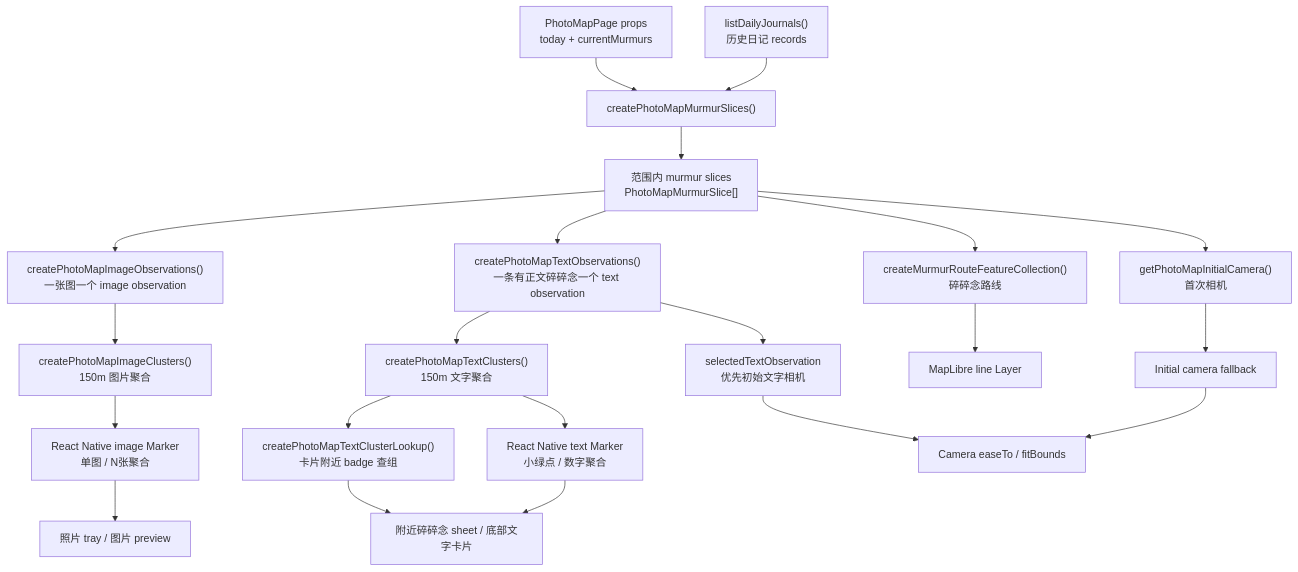
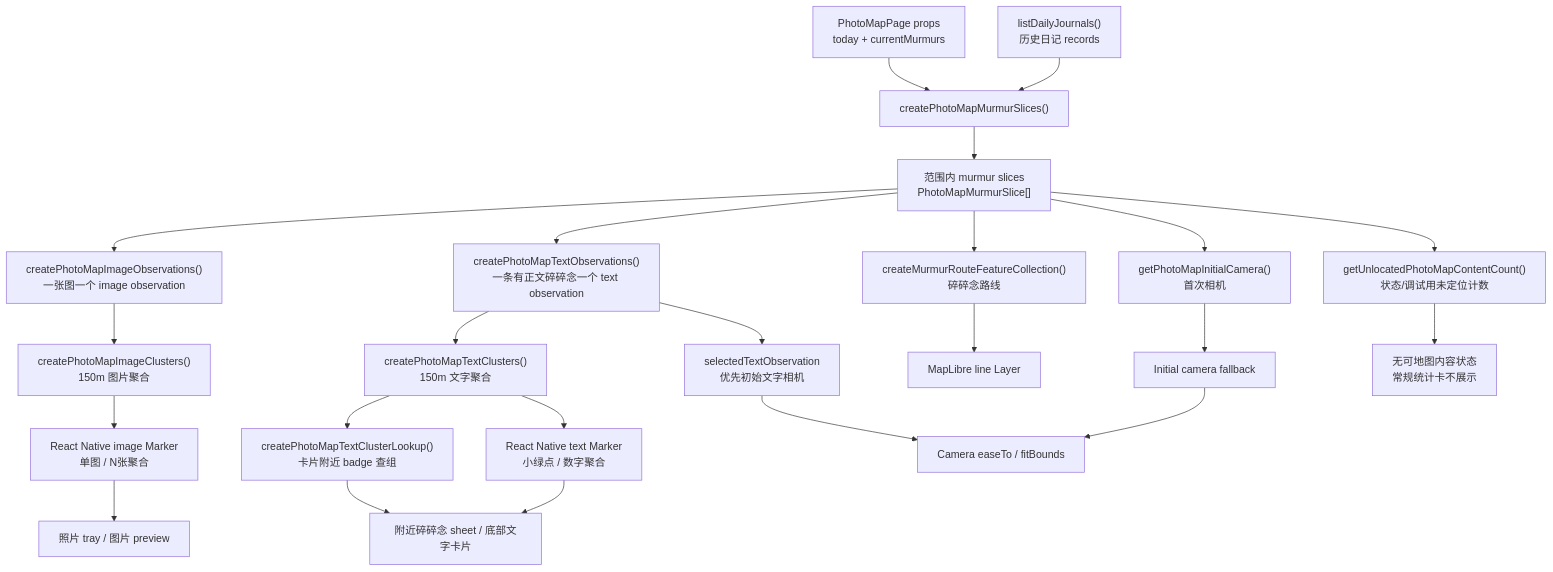
One commit to nazhenhuiyi/journal changed the first of 2 diagrams in docs/product/photo-map/照片地图数据流与渲染.md. Above: the diagram before and after it, drawn with Mermaid. The commit also changed other lines of this file and 6 other files, not shown here.

Commit message:
Update photo map documentation

````diff
--- a/docs/product/photo-map/照片地图数据流与渲染.md
+++ b/docs/product/photo-map/照片地图数据流与渲染.md
@@ -22,23 +29,25 @@
 ```mermaid
 flowchart TD
   A["PhotoMapPage props<br/>today + currentMurmurs"] --> C["createPhotoMapMurmurSlices()"]
   B["listDailyJournals()<br/>历史日记 records"] --> C
   C --> D["范围内 murmur slices<br/>PhotoMapMurmurSlice[]"]
   D --> F["createPhotoMapImageObservations()<br/>一张图一个 image observation"]
   D --> G["createPhotoMapTextObservations()<br/>一条有正文碎碎念一个 text observation"]
   F --> H["createPhotoMapImageClusters()<br/>150m 图片聚合"]
   G --> I["createPhotoMapTextClusters()<br/>150m 文字聚合"]
   D --> J["createMurmurRouteFeatureCollection()<br/>碎碎念路线"]
   D --> K["getPhotoMapInitialCamera()<br/>首次相机"]
+  D --> S["getUnlocatedPhotoMapContentCount()<br/>状态/调试用未定位计数"]
   I --> I2["createPhotoMapTextClusterLookup()<br/>卡片附近 badge 查组"]
   H --> L["React Native image Marker<br/>单图 / N张聚合"]
   I --> M["React Native text Marker<br/>小绿点 / 数字聚合"]
   J --> N["MapLibre line Layer"]
   K --> O["Initial camera fallback"]
   G --> O2["selectedTextObservation<br/>优先初始文字相机"]
   O --> O3["Camera easeTo / fitBounds"]
   O2 --> O3
+  S --> Q0["无可地图内容状态<br/>常规统计卡不展示"]
   L --> P["照片 tray / 图片 preview"]
   M --> Q["附近碎碎念 sheet / 底部文字卡片"]
   I2 --> Q
 ```
````
